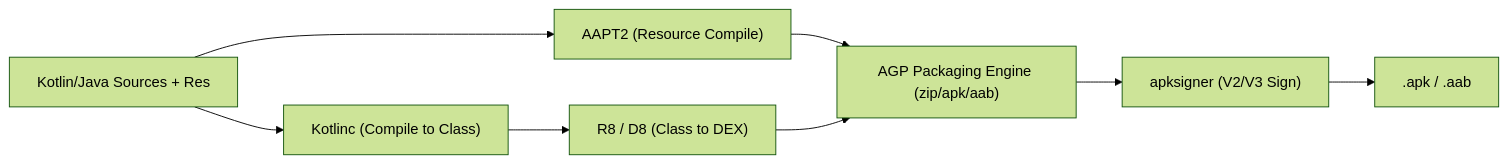
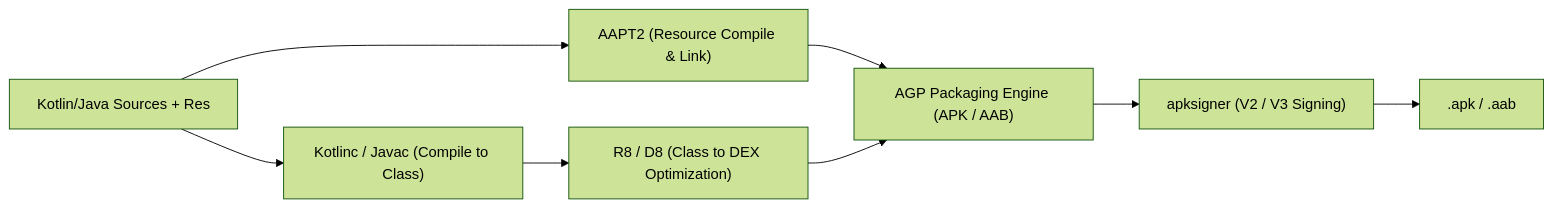
Before and after one commit to youngmin-gwon/what-i-studied: the diagram in 01_inbox/mobile/android/03_packaging_deployment/build/gradle/gradle-build-contracts/android-gradle-plugin-adds-android-build-rules-to-gradle.md, drawn with Mermaid (forest theme). The commit also changed other lines of this file and 134 other files, not shown here.

````diff
--- a/01_inbox/mobile/android/03_packaging_deployment/build/gradle/gradle-build-contracts/android-gradle-plugin-adds-android-build-rules-to-gradle.md
+++ b/01_inbox/mobile/android/03_packaging_deployment/build/gradle/gradle-build-contracts/android-gradle-plugin-adds-android-build-rules-to-gradle.md
@@ -19,10 +28,10 @@
 ```mermaid
 flowchart LR
-    Source["Kotlin/Java Sources + Res"] --> AAPT2["AAPT2 (Resource Compile)"]
-    Source --> Kotlinc["Kotlinc (Compile to Class)"]
-    Kotlinc --> R8["R8 / D8 (Class to DEX)"]
-    AAPT2 --> Package["AGP Packaging Engine (zip/apk/aab)"]
+    Source["Kotlin/Java Sources + Res"] --> AAPT2["AAPT2 (Resource Compile & Link)"]
+    Source --> Kotlinc["Kotlinc / Javac (Compile to Class)"]
+    Kotlinc --> R8["R8 / D8 (Class to DEX Optimization)"]
+    AAPT2 --> Package["AGP Packaging Engine (APK / AAB)"]
     R8 --> Package
-    Package --> Signer["apksigner (V2/V3 Sign)"]
+    Package --> Signer["apksigner (V2 / V3 Signing)"]
     Signer --> Artifact[".apk / .aab"]
 ```
````
